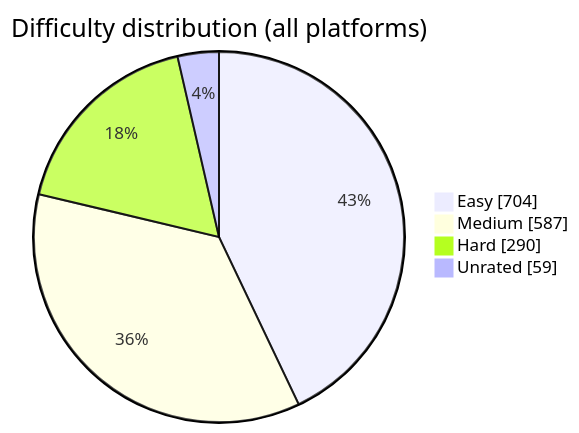
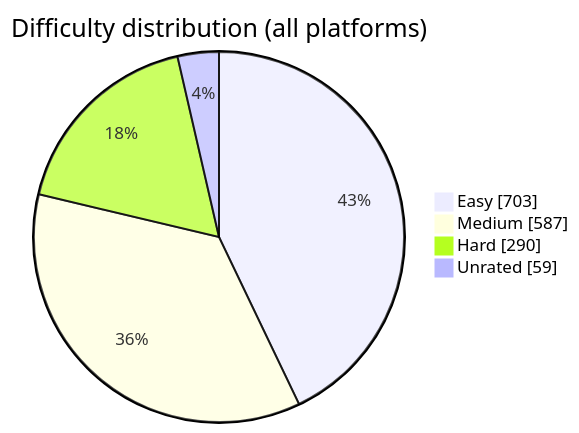
The diagram in README.md (BuildbyArindam/Daily-Coding-Log), drawn with Mermaid before and after one commit. The commit also changed other lines of this file, not shown here.

````diff
--- a/README.md
+++ b/README.md
@@ -93,7 +93,7 @@
 ```mermaid
 pie showData title Difficulty distribution (all platforms)
-    "Easy" : 704
+    "Easy" : 703
     "Medium" : 587
     "Hard" : 290
     "Unrated" : 59
 ```
````
